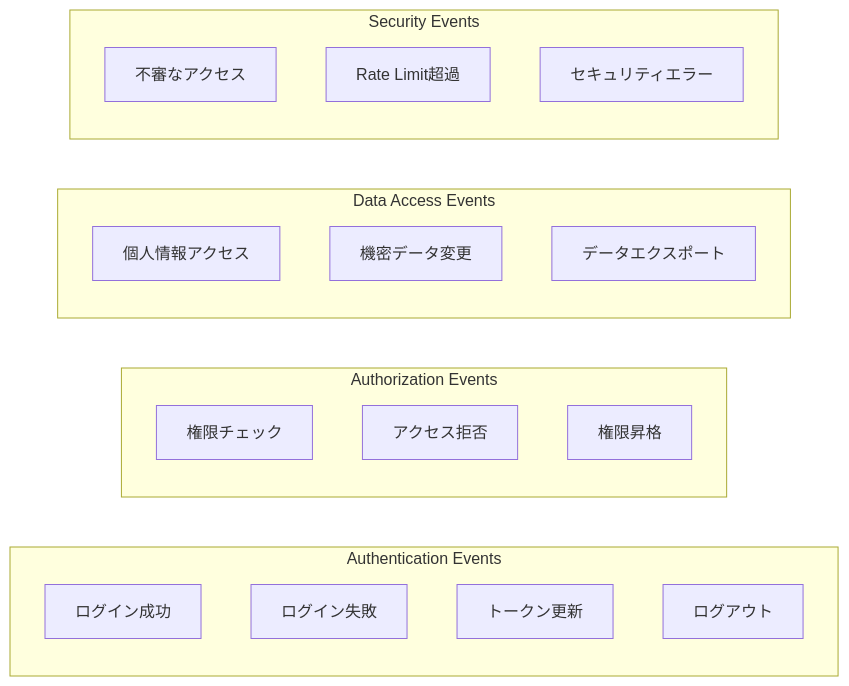
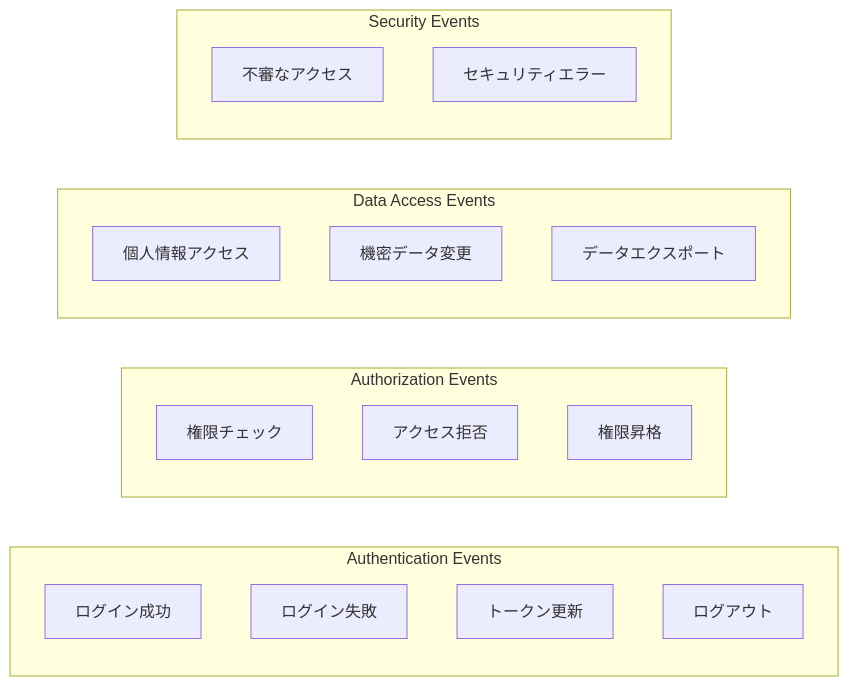
One commit to yuwki0131/readscape-jp changed the third of 4 diagrams in docs/technical/security-architecture.md. Above: the diagram before and after it, drawn with Mermaid. The commit also changed other lines of this file and 4 other files, not shown here.

````diff
--- a/docs/technical/security-architecture.md
+++ b/docs/technical/security-architecture.md
@@ -358,27 +333,26 @@
 ```mermaid
 graph LR
     subgraph "Authentication Events"
         A1[ログイン成功]
         A2[ログイン失敗]
         A3[トークン更新]
         A4[ログアウト]
     end
 
     subgraph "Authorization Events"
         B1[権限チェック]
         B2[アクセス拒否]
         B3[権限昇格]
     end
 
     subgraph "Data Access Events"
         C1[個人情報アクセス]
         C2[機密データ変更]
         C3[データエクスポート]
     end
 
     subgraph "Security Events"
         D1[不審なアクセス]
-        D2[Rate Limit超過]
         D3[セキュリティエラー]
     end
 ```
````
